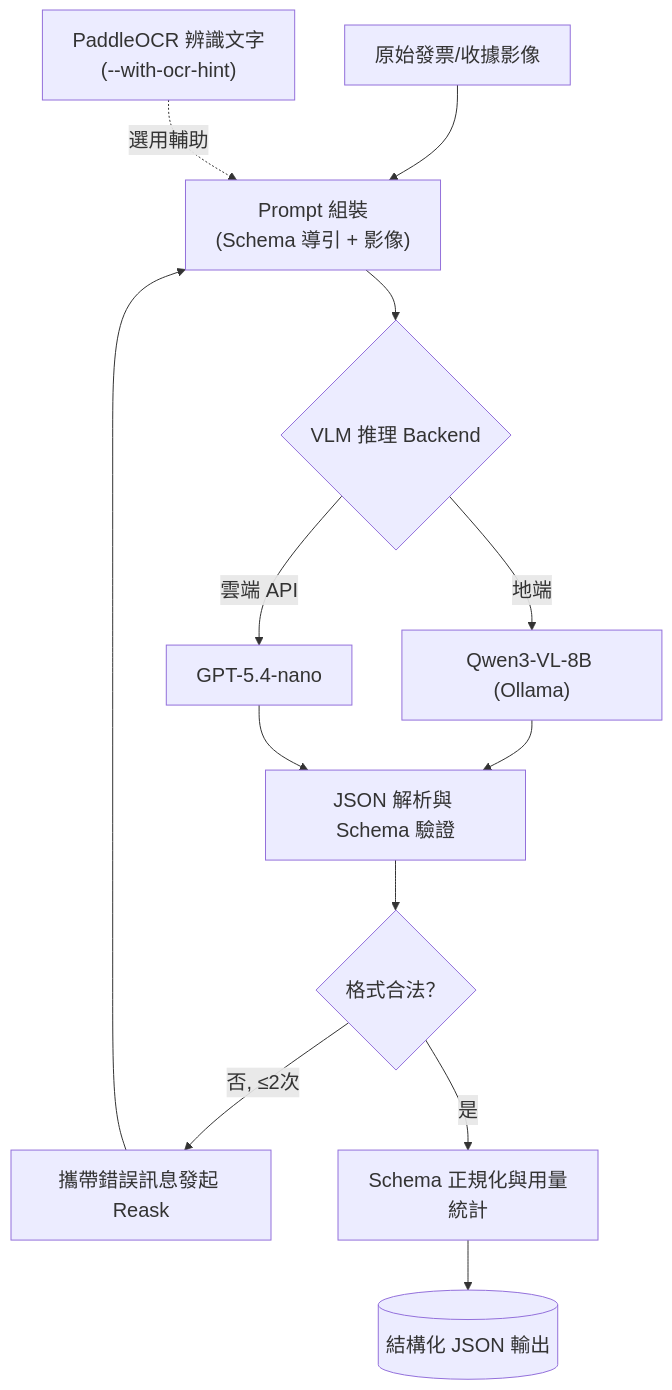
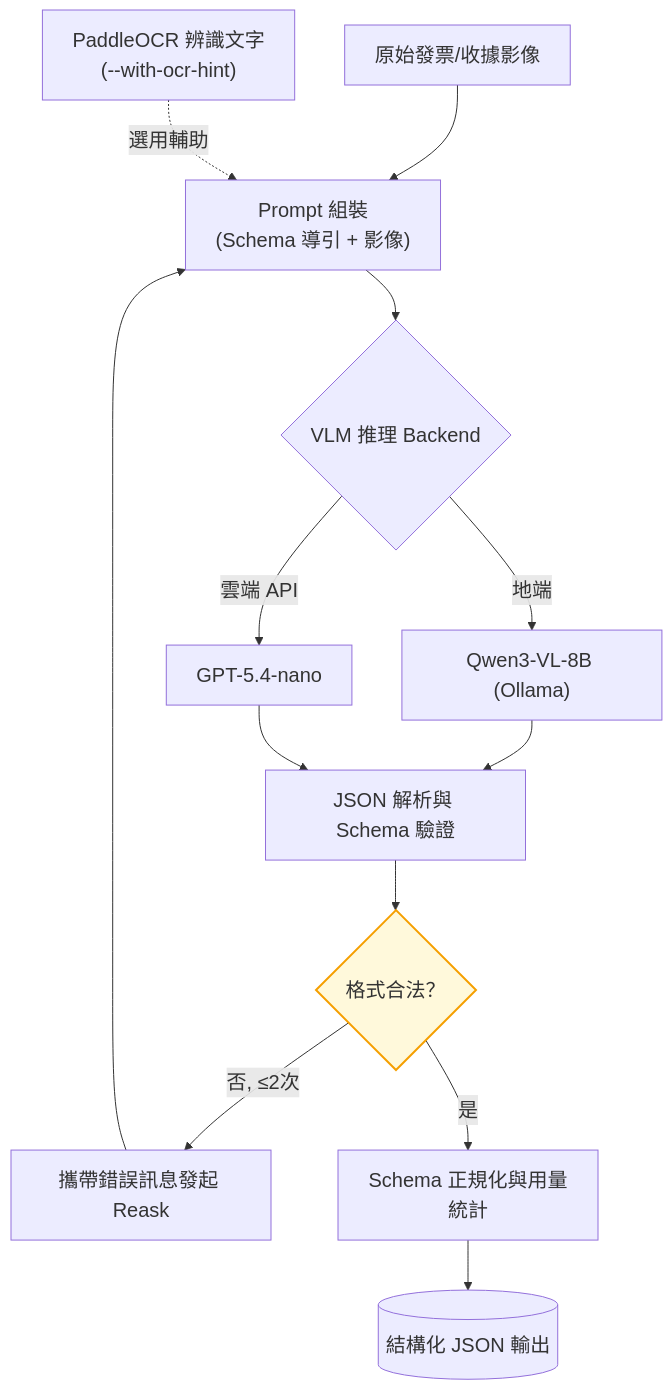
Before and after one commit to kuotunyu/receipt-ocr-vlm-benchmark: the second of 2 diagrams in README.md, drawn with Mermaid. The commit also changed other lines of this file, not shown here.

Commit message:
docs: highlight decision gate nodes in flowcharts

````diff
--- a/README.md
+++ b/README.md
@@ -49,15 +51,17 @@
 ```mermaid
 %%{init: {'themeVariables': {'fontSize': '20px'}}}%%
 flowchart TD
     B1["原始發票/收據影像"] --> B2["Prompt 組裝\n(Schema 導引 + 影像)"]
     B3["PaddleOCR 辨識文字\n(--with-ocr-hint)"] -.->|選用輔助| B2
     B2 --> B4{"VLM 推理 Backend"}
     B4 -->|地端| B5["Qwen3-VL-8B (Ollama)"]
     B4 -->|雲端 API| B6["GPT-5.4-nano"]
     B5 & B6 --> B7["JSON 解析與 Schema 驗證"]
     B7 --> B8{"格式合法？"}
     B8 -->|否, ≤2次| B9["攜帶錯誤訊息發起 Reask"]
     B9 --> B2
     B8 -->|是| B10["Schema 正規化與用量統計"]
     B10 --> B11[("結構化 JSON 輸出")]
+
+    style B8 fill:#fff9db,stroke:#f59f00,stroke-width:2px
 ```
````
